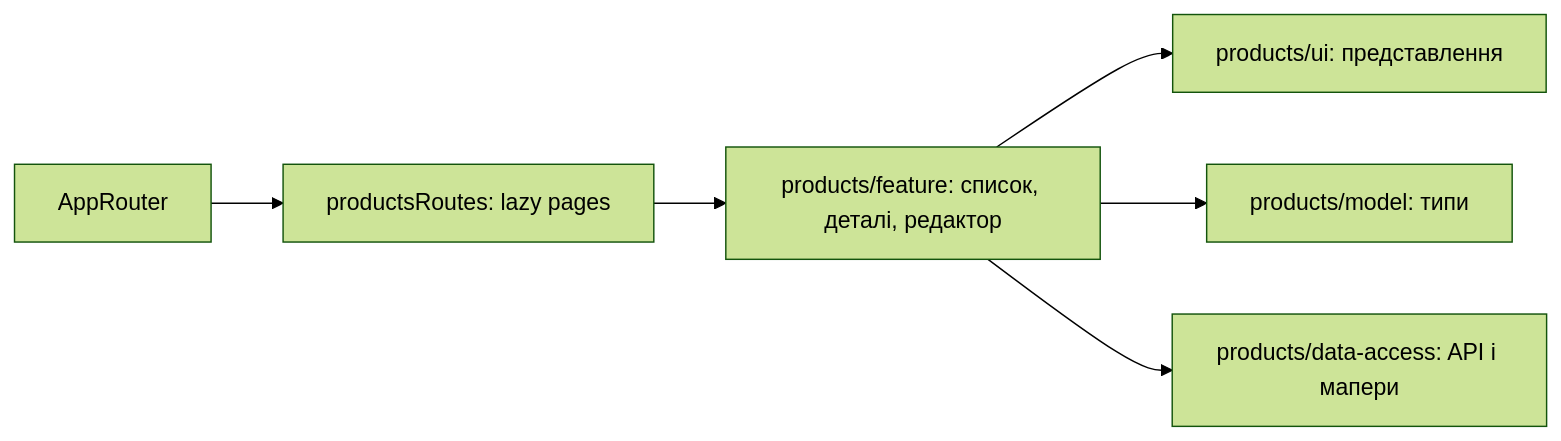
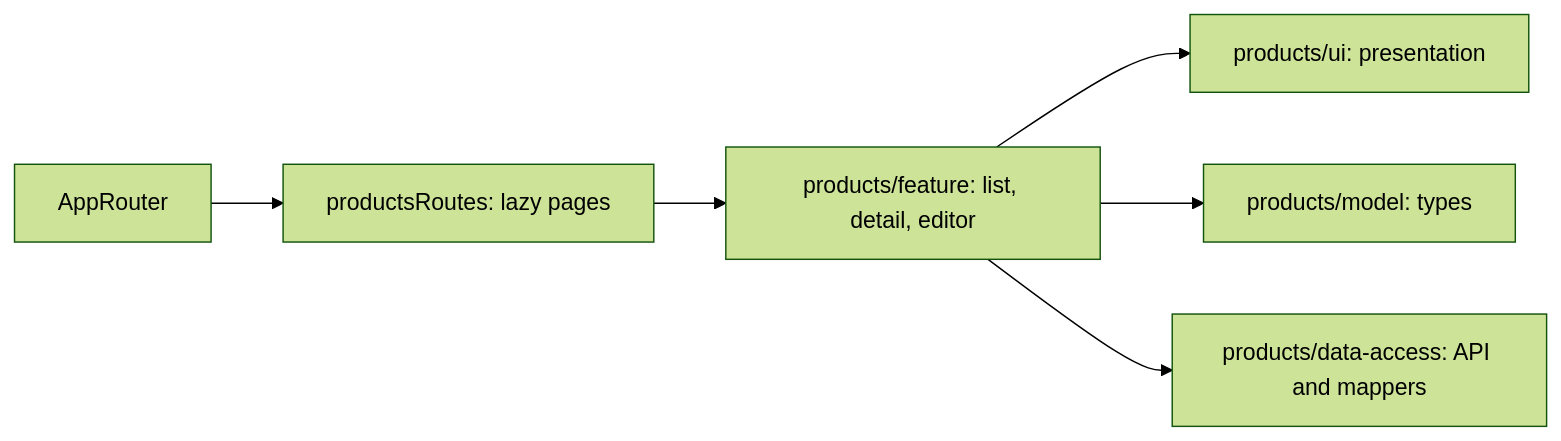
Before and after one commit to Weretik/brevi-web: the diagram in docs/features/admin/products/products.md, drawn with Mermaid (forest theme). The commit also changed other lines of this file and 52 other files, not shown here.

Commit message:
docs(frontend): reconcile architecture and feature guidance

````diff
--- a/docs/features/admin/products/products.md
+++ b/docs/features/admin/products/products.md
@@ -9,8 +15,8 @@
 ```mermaid
 flowchart LR
   Router["AppRouter"] --> Routes["productsRoutes: lazy pages"]
-  Routes --> Feature["products/feature: список, деталі, редактор"]
-  Feature --> UI["products/ui: представлення"]
-  Feature --> Model["products/model: типи"]
-  Feature --> Data["products/data-access: API і мапери"]
+  Routes --> Feature["products/feature: list, detail, editor"]
+  Feature --> UI["products/ui: presentation"]
+  Feature --> Model["products/model: types"]
+  Feature --> Data["products/data-access: API and mappers"]
 ```
````
